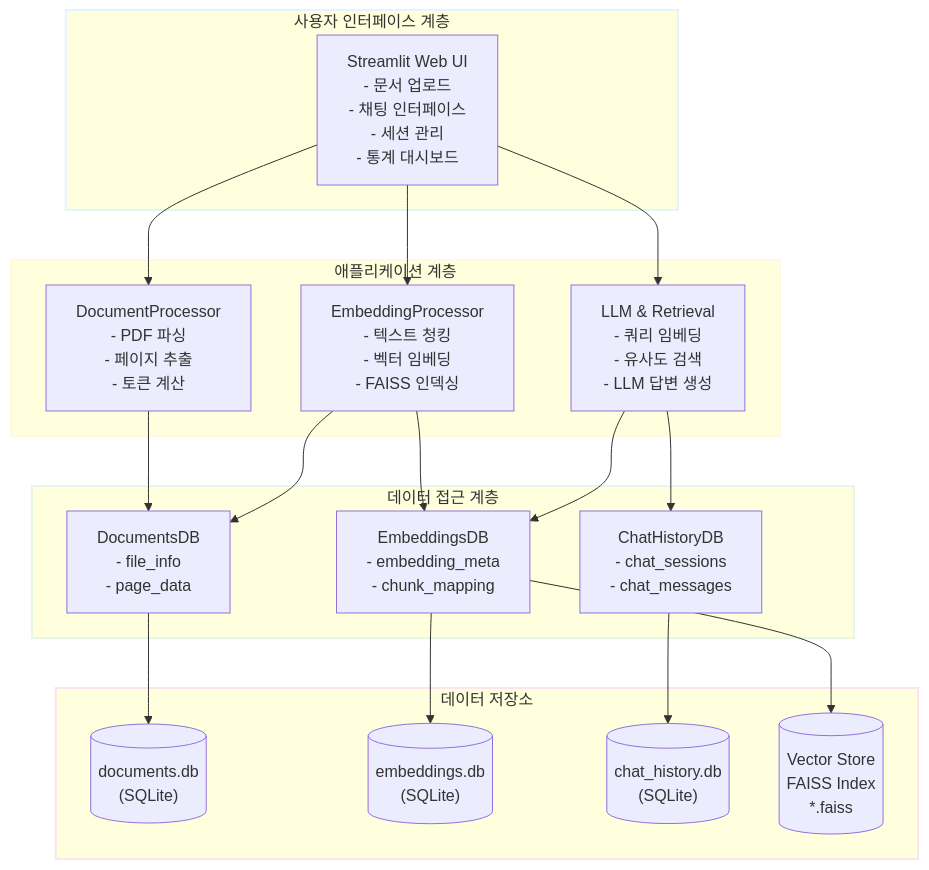
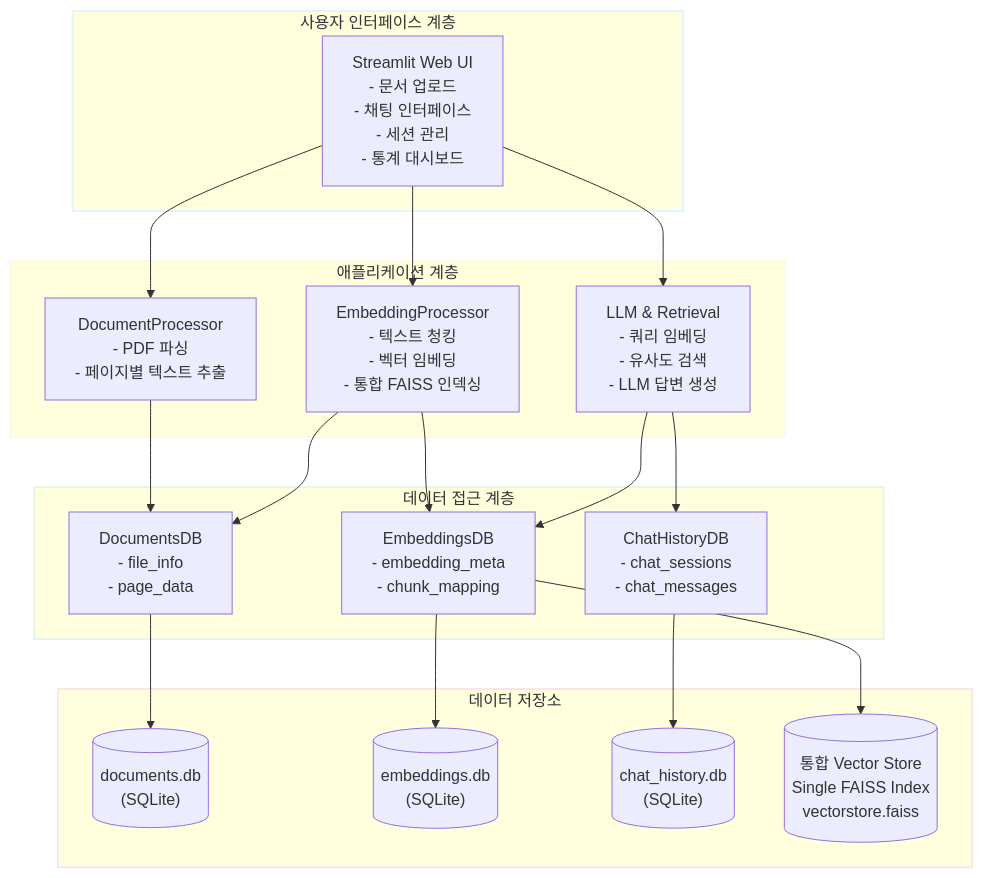
The first of 11 diagrams in docs/doc/시스템_아키텍처_설계서.md (c0z0c/codeit_ai_g2b_search), drawn with Mermaid before and after one commit. The commit also changed other lines of this file and 7 other files, not shown here.

````diff
--- a/docs/doc/시스템_아키텍처_설계서.md
+++ b/docs/doc/시스템_아키텍처_설계서.md
@@ -55,45 +55,45 @@
 ```mermaid
 graph TB
     subgraph UI["사용자 인터페이스 계층"]
         WebUI["Streamlit Web UI<br/>- 문서 업로드<br/>- 채팅 인터페이스<br/>- 세션 관리<br/>- 통계 대시보드"]
     end
 
     subgraph APP["애플리케이션 계층"]
-        DocProc["DocumentProcessor<br/>- PDF 파싱<br/>- 페이지 추출<br/>- 토큰 계산"]
-        EmbProc["EmbeddingProcessor<br/>- 텍스트 청킹<br/>- 벡터 임베딩<br/>- FAISS 인덱싱"]
+        DocProc["DocumentProcessor<br/>- PDF 파싱<br/>- 페이지별 텍스트 추출"]
+        EmbProc["EmbeddingProcessor<br/>- 텍스트 청킹<br/>- 벡터 임베딩<br/>- 통합 FAISS 인덱싱"]
         LLMProc["LLM & Retrieval<br/>- 쿼리 임베딩<br/>- 유사도 검색<br/>- LLM 답변 생성"]
     end
 
     subgraph DAL["데이터 접근 계층"]
         DocsDB["DocumentsDB<br/>- file_info<br/>- page_data"]
         EmbDB["EmbeddingsDB<br/>- embedding_meta<br/>- chunk_mapping"]
         ChatDB["ChatHistoryDB<br/>- chat_sessions<br/>- chat_messages"]
     end
 
     subgraph STORAGE["데이터 저장소"]
         SQLite1[("documents.db<br/>(SQLite)")]
         SQLite2[("embeddings.db<br/>(SQLite)")]
         SQLite3[("chat_history.db<br/>(SQLite)")]
-        FAISS[("Vector Store<br/>FAISS Index<br/>*.faiss")]
+        FAISS[("통합 Vector Store<br/>Single FAISS Index<br/>vectorstore.faiss")]
     end
 
     WebUI --> DocProc
     WebUI --> EmbProc
     WebUI --> LLMProc
 
     DocProc --> DocsDB
     EmbProc --> EmbDB
     EmbProc --> DocsDB
     LLMProc --> EmbDB
     LLMProc --> ChatDB
 
     DocsDB --> SQLite1
     EmbDB --> SQLite2
     ChatDB --> SQLite3
     EmbDB --> FAISS
 
     style UI stroke-width:2px,stroke:#e1f5ff
     style APP stroke-width:2px,stroke:#fff9e1
     style DAL stroke-width:2px,stroke:#e8f5e9
     style STORAGE stroke-width:2px,stroke:#fce4ec
 ```
````
